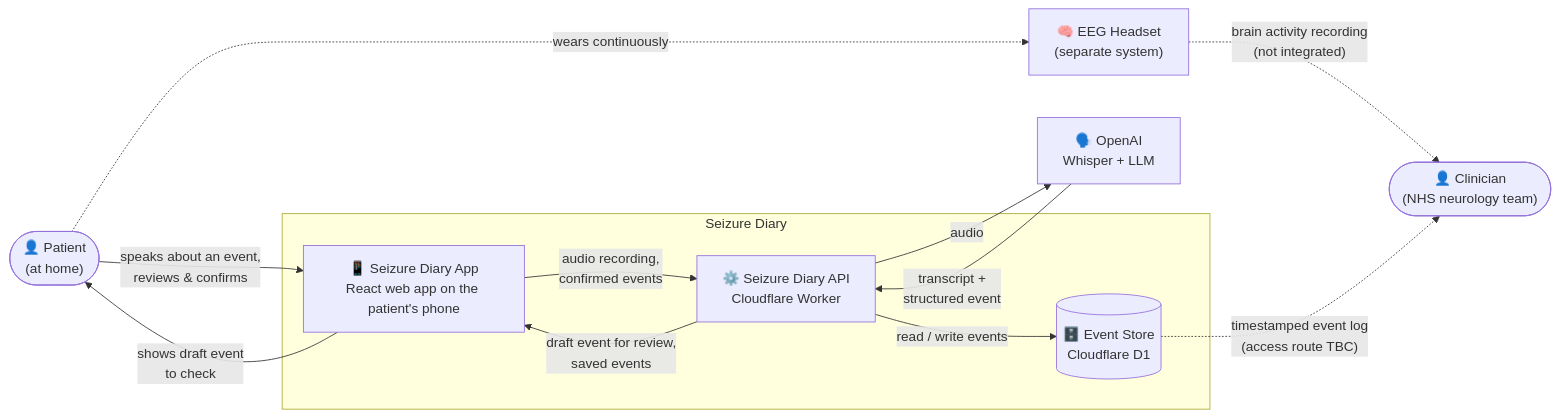
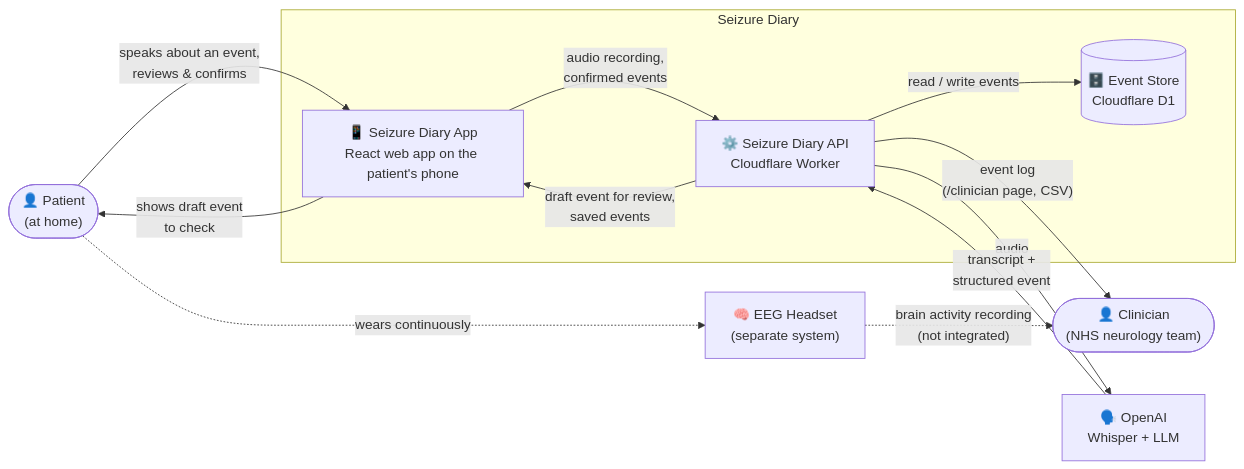
The diagram in docs/system-diagram-level-0.md (hortfrancis/seizure-diary-proto-02), drawn with Mermaid before and after one commit. The commit also changed other lines of this file and 17 other files, not shown here.

````diff
--- a/docs/system-diagram-level-0.md
+++ b/docs/system-diagram-level-0.md
@@ -5,26 +5,26 @@
 ```mermaid
 flowchart LR
     patient(["👤 Patient<br/>(at home)"])
     clinician(["👤 Clinician<br/>(NHS neurology team)"])
 
     subgraph sd["Seizure Diary"]
         app["📱 Seizure Diary App<br/>React web app on the patient's phone"]
         api["⚙️ Seizure Diary API<br/>Cloudflare Worker"]
         db[("🗄️ Event Store<br/>Cloudflare D1")]
         app -- "audio recording,<br/>confirmed events" --> api
         api -- "draft event for review,<br/>saved events" --> app
         api -- "read / write events" --> db
     end
 
     stt["🗣️ OpenAI<br/>Whisper + LLM"]
     eeg["🧠 EEG Headset<br/>(separate system)"]
 
     patient -- "speaks about an event,<br/>reviews & confirms" --> app
     app -- "shows draft event<br/>to check" --> patient
     api -- "audio" --> stt
     stt -- "transcript +<br/>structured event" --> api
 
     patient -. "wears continuously" .-> eeg
     eeg -. "brain activity recording<br/>(not integrated)" .-> clinician
-    db -. "timestamped event log<br/>(access route TBC)" .-> clinician
+    api -- "event log<br/>(/clinician page, CSV)" --> clinician
 ```
````
